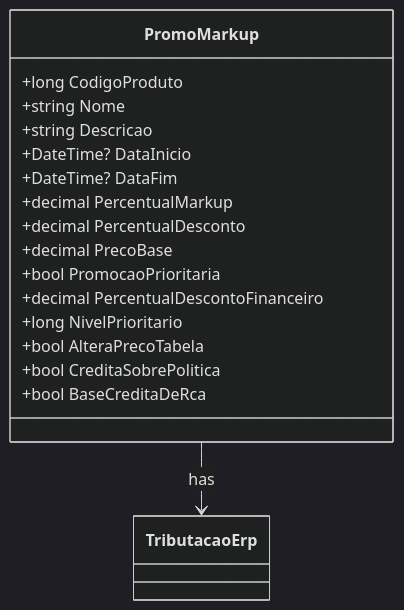
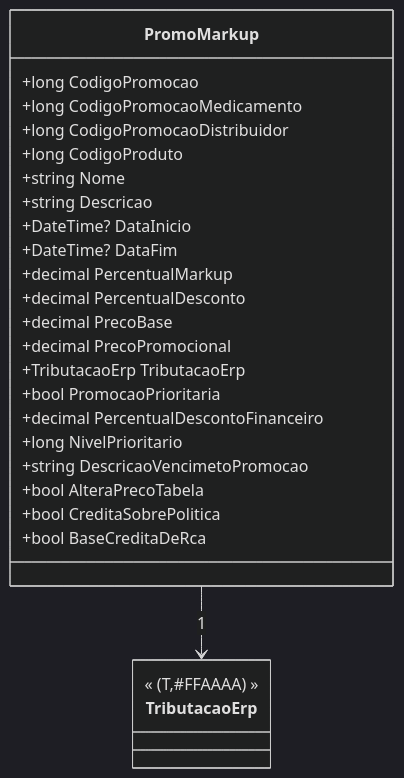
The diagram in docs/b2b-dominio/IsthmusWinthor.Nucleo/IsthmusWinthor.Dominio/POCO/Precos/PromoMarkup.md (IsthmusSistemas/documentacao-tecnica), drawn with Mermaid (dark theme) before and after one commit. The commit also changed other lines of this file and 882 other files, not shown here.

````diff
--- a/docs/b2b-dominio/IsthmusWinthor.Nucleo/IsthmusWinthor.Dominio/POCO/Precos/PromoMarkup.md
+++ b/docs/b2b-dominio/IsthmusWinthor.Nucleo/IsthmusWinthor.Dominio/POCO/Precos/PromoMarkup.md
@@ -45,20 +37,31 @@
 ```mermaid
 classDiagram
     class PromoMarkup {
+        +long CodigoPromocao
+        +long CodigoPromocaoMedicamento
+        +long CodigoPromocaoDistribuidor
         +long CodigoProduto
         +string Nome
         +string Descricao
         +DateTime? DataInicio
         +DateTime? DataFim
         +decimal PercentualMarkup
         +decimal PercentualDesconto
         +decimal PrecoBase
+        +decimal PrecoPromocional
+        +TributacaoErp TributacaoErp
         +bool PromocaoPrioritaria
         +decimal PercentualDescontoFinanceiro
         +long NivelPrioritario
+        +string DescricaoVencimetoPromocao
         +bool AlteraPrecoTabela
         +bool CreditaSobrePolitica
         +bool BaseCreditaDeRca
     }
-    PromoMarkup --> TributacaoErp : has
+
+    class TributacaoErp {
+        << (T,#FFAAAA) >>
+    }
+
+    PromoMarkup --> TributacaoErp : 1
 ```
````
